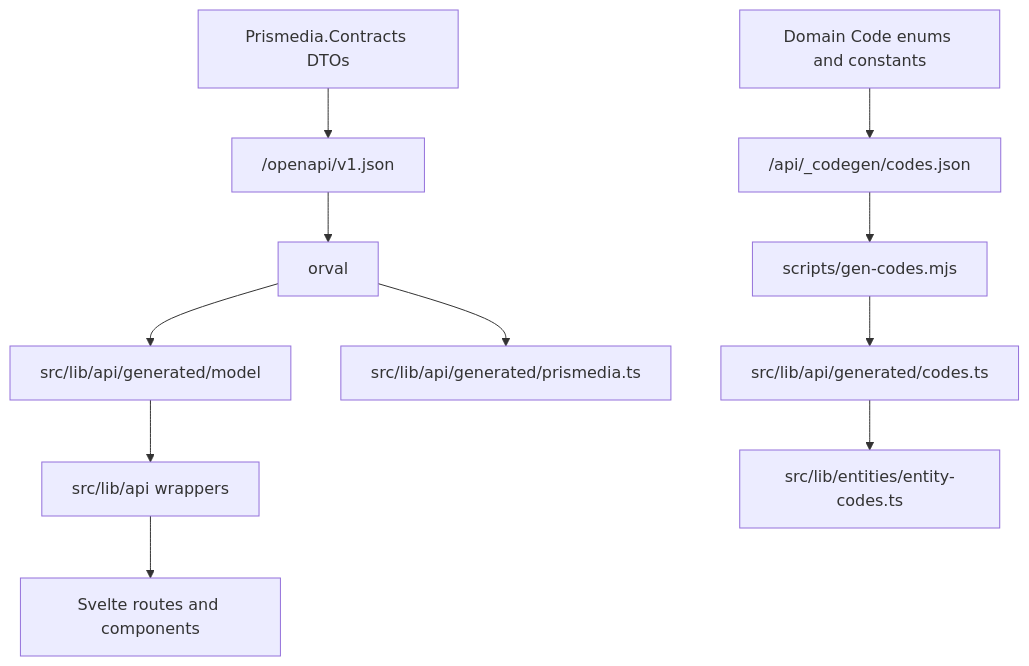
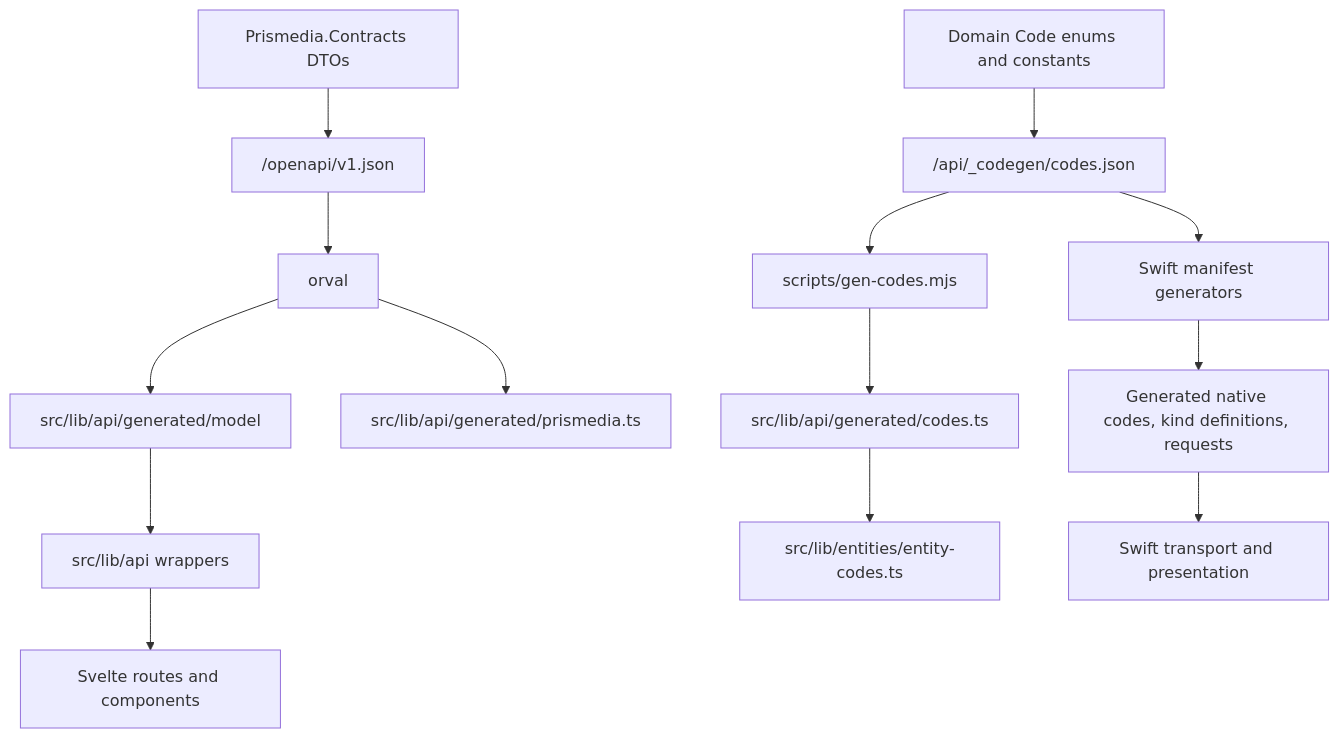
The eighth of 12 diagrams in documentation-site/docs/developers/codebase-flow.md (pauljoda/Prismedia), drawn with Mermaid before and after one commit. The commit also changed other lines of this file and 5 other files, not shown here.

Commit message:
docs: map entity definitions and data flow

````diff
--- a/documentation-site/docs/developers/codebase-flow.md
+++ b/documentation-site/docs/developers/codebase-flow.md
@@ -257,13 +253,16 @@
 ```mermaid
 flowchart TD
   BackendContracts["Prismedia.Contracts DTOs"] --> OpenApi["/openapi/v1.json"]
   CodeEnums["Domain Code enums and constants"] --> CodeManifest["/api/_codegen/codes.json"]
   OpenApi --> Orval["orval"]
   CodeManifest --> GenCodes["scripts/gen-codes.mjs"]
   Orval --> GeneratedModels["src/lib/api/generated/model"]
   Orval --> GeneratedOps["src/lib/api/generated/prismedia.ts"]
   GenCodes --> CodesTs["src/lib/api/generated/codes.ts"]
+  CodeManifest --> SwiftGen["Swift manifest generators"]
+  SwiftGen --> SwiftCodes["Generated native codes, kind definitions, requests"]
   GeneratedModels --> ApiWrappers["src/lib/api wrappers"]
   CodesTs --> EntityCodes["src/lib/entities/entity-codes.ts"]
   ApiWrappers --> UI["Svelte routes and components"]
+  SwiftCodes --> NativeUI["Swift transport and presentation"]
 ```
````
